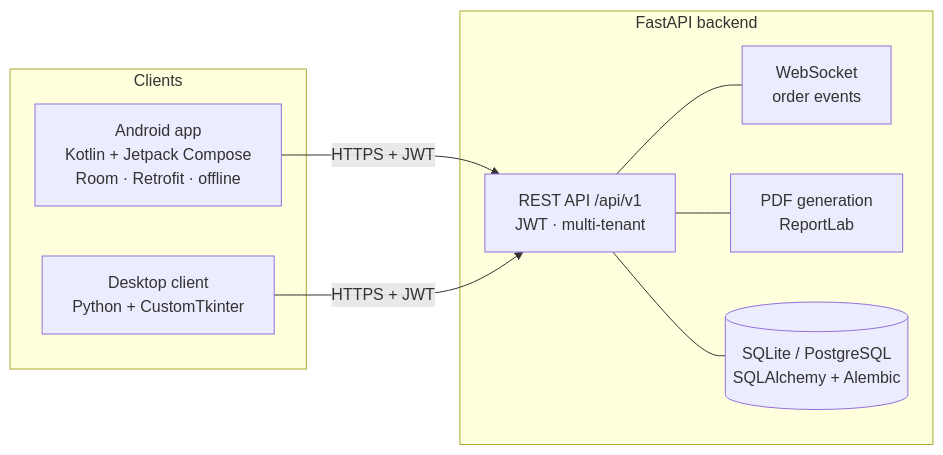
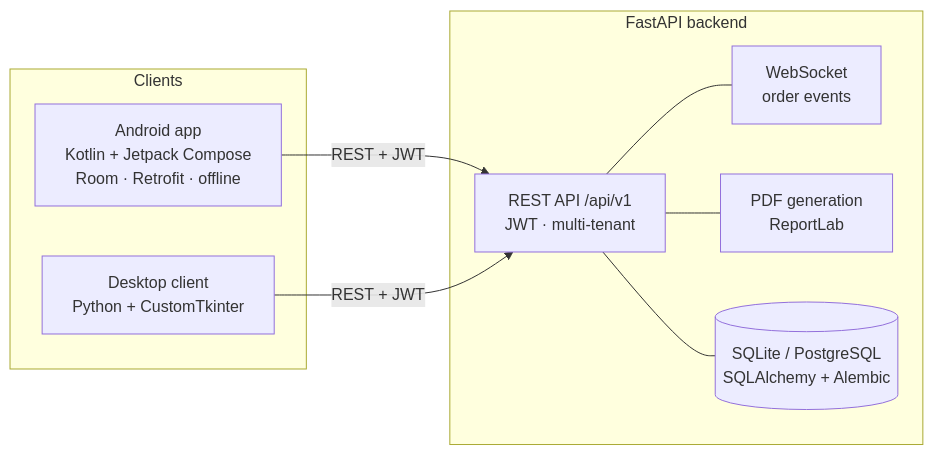
Before and after one commit to VicProgram/Torque.v2: the diagram in README.md, drawn with Mermaid. The commit also changed other lines of this file and 10 other files, not shown here.

````diff
--- a/README.md
+++ b/README.md
@@ -51,20 +51,20 @@
 ```mermaid
 flowchart LR
     subgraph Clients
         A["Android app<br/>Kotlin + Jetpack Compose<br/>Room · Retrofit · offline"]
         D["Desktop client<br/>Python + CustomTkinter"]
     end
 
     subgraph Backend["FastAPI backend"]
         R["REST API /api/v1<br/>JWT · multi-tenant"]
         W["WebSocket<br/>order events"]
         P["PDF generation<br/>ReportLab"]
         DB[("SQLite / PostgreSQL<br/>SQLAlchemy + Alembic")]
     end
 
-    A -- "HTTPS + JWT" --> R
-    D -- "HTTPS + JWT" --> R
+    A -- "REST + JWT" --> R
+    D -- "REST + JWT" --> R
     R --- DB
     R --- W
     R --- P
 ```
````
